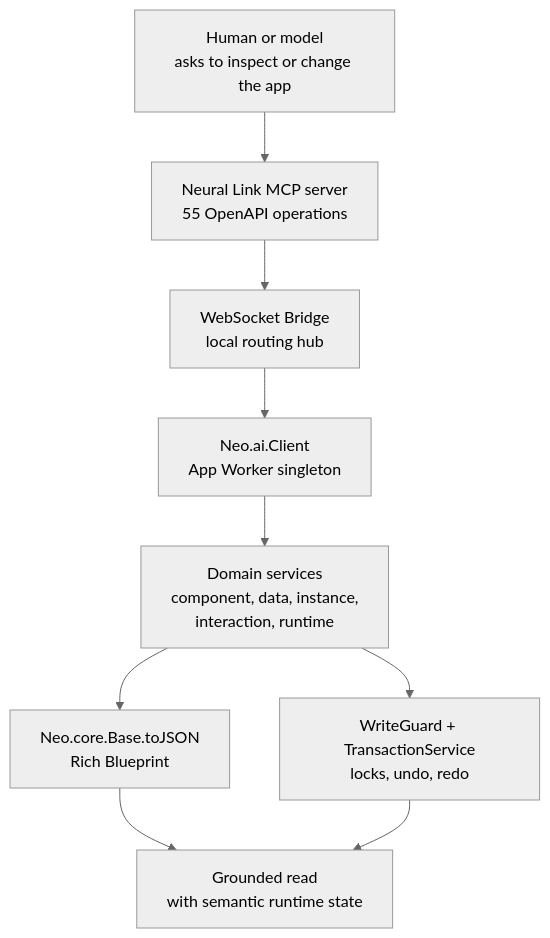
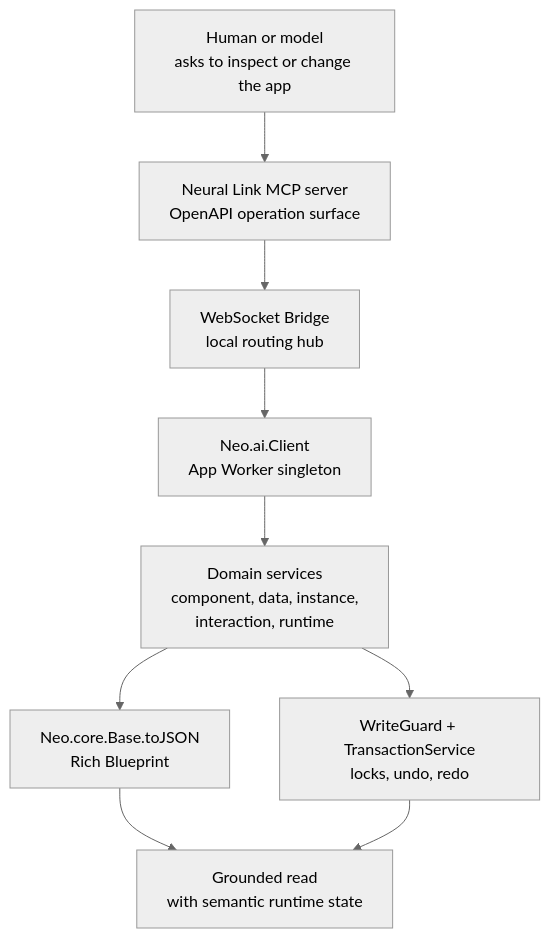
One commit to neomjs/neo changed the first of 3 diagrams in learn/agentos/NeuralLink.md. Above: the diagram before and after it, drawn with Mermaid (neutral theme). The commit also changed other lines of this file and 8 other files, not shown here.

````diff
--- a/learn/agentos/NeuralLink.md
+++ b/learn/agentos/NeuralLink.md
@@ -71,11 +71,11 @@
 ```mermaid
 flowchart TD
-    Reader["Human or model<br/>asks to inspect or change the app"] --> Server["Neural Link MCP server<br/>55 OpenAPI operations"]
+    Reader["Human or model<br/>asks to inspect or change the app"] --> Server["Neural Link MCP server<br/>OpenAPI operation surface"]
     Server --> Bridge["WebSocket Bridge<br/>local routing hub"]
     Bridge --> Client["Neo.ai.Client<br/>App Worker singleton"]
     Client --> Services["Domain services<br/>component, data, instance,<br/>interaction, runtime"]
     Services --> Blueprint["Neo.core.Base.toJSON<br/>Rich Blueprint"]
     Services --> Guardrails["WriteGuard + TransactionService<br/>locks, undo, redo"]
     Blueprint --> Result["Grounded read<br/>with semantic runtime state"]
     Guardrails --> Result
 ```
````
